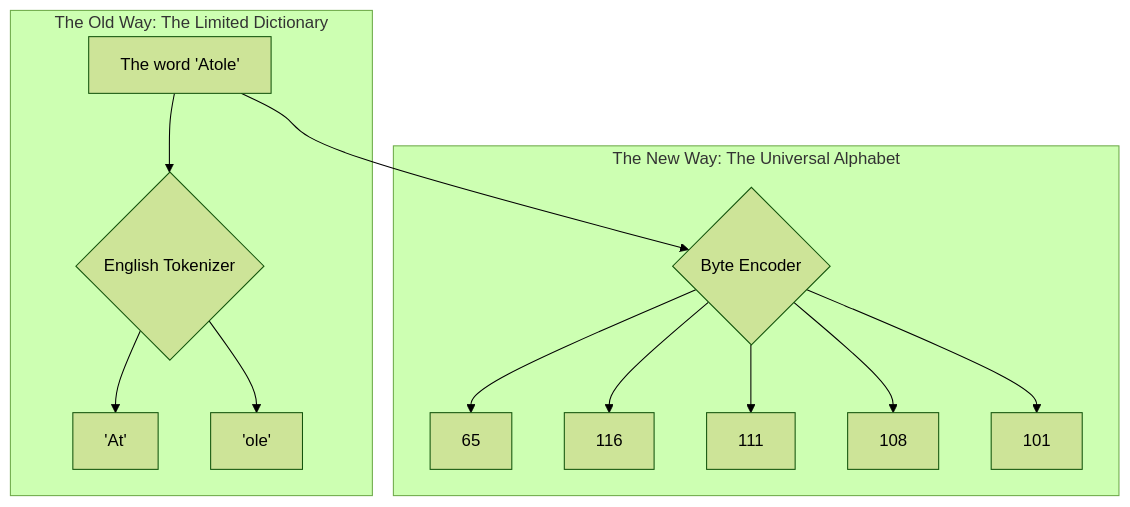
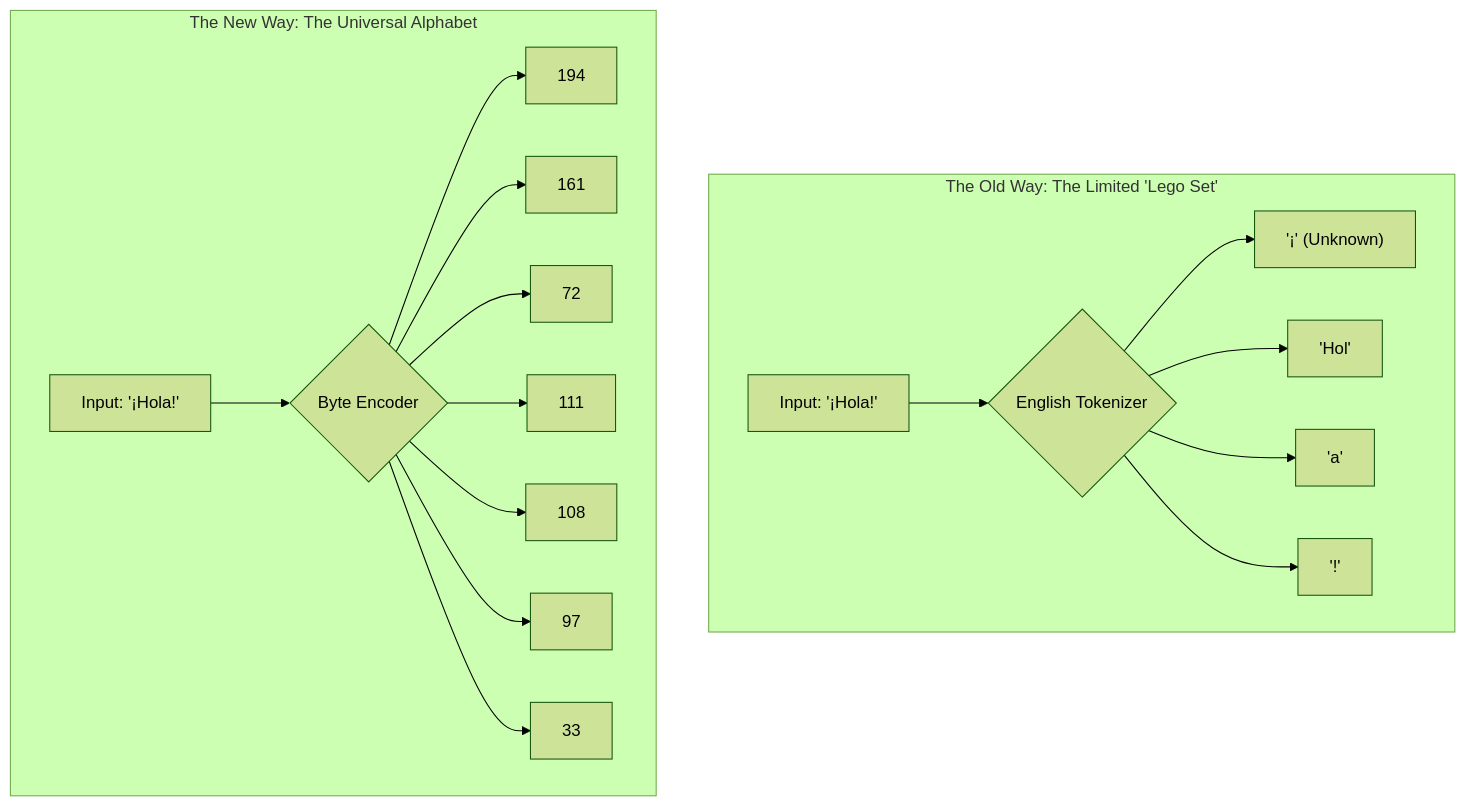
The first of 4 diagrams in _posts/2025-08-22-analyzing-bytes-for-llms.md (eltay89/eltay89.github.io), drawn with Mermaid (forest theme) before and after one commit. The commit also changed other lines of this file, not shown here.

````diff
--- a/_posts/2025-08-22-analyzing-bytes-for-llms.md
+++ b/_posts/2025-08-22-analyzing-bytes-for-llms.md
@@ -28,17 +31,21 @@
 ```mermaid
 graph TD
-    subgraph "The Old Way: The Limited Dictionary"
-        A["The word 'Atole'" ] --> B{"English Tokenizer"};
-        B --> C["'At'"];
-        B --> D["'ole'"];
+    subgraph "The Old Way: The Limited 'Lego Set'"
+        A["Input: '¡Hola!'"] --> B{"English Tokenizer"};
+        B --> C["'¡' (Unknown)"];
+        B --> D["'Hol'"];
+        B --> E["'a'"];
+        B --> F["'!'"];
     end
 
     subgraph "The New Way: The Universal Alphabet"
-        A --> F{"Byte Encoder"};
-        F --> G["65"];
-        F --> H["116"];
-        F --> I["111"];
-        F --> J["108"];
-        F --> K["101"];
+        A2["Input: '¡Hola!'"] --> G{"Byte Encoder"};
+        G --> H["194"];
+        G --> I["161"];
+        G --> J["72"];
+        G --> K["111"];
+        G --> L["108"];
+        G --> M["97"];
+        G --> N["33"];
     end
 ```
````
